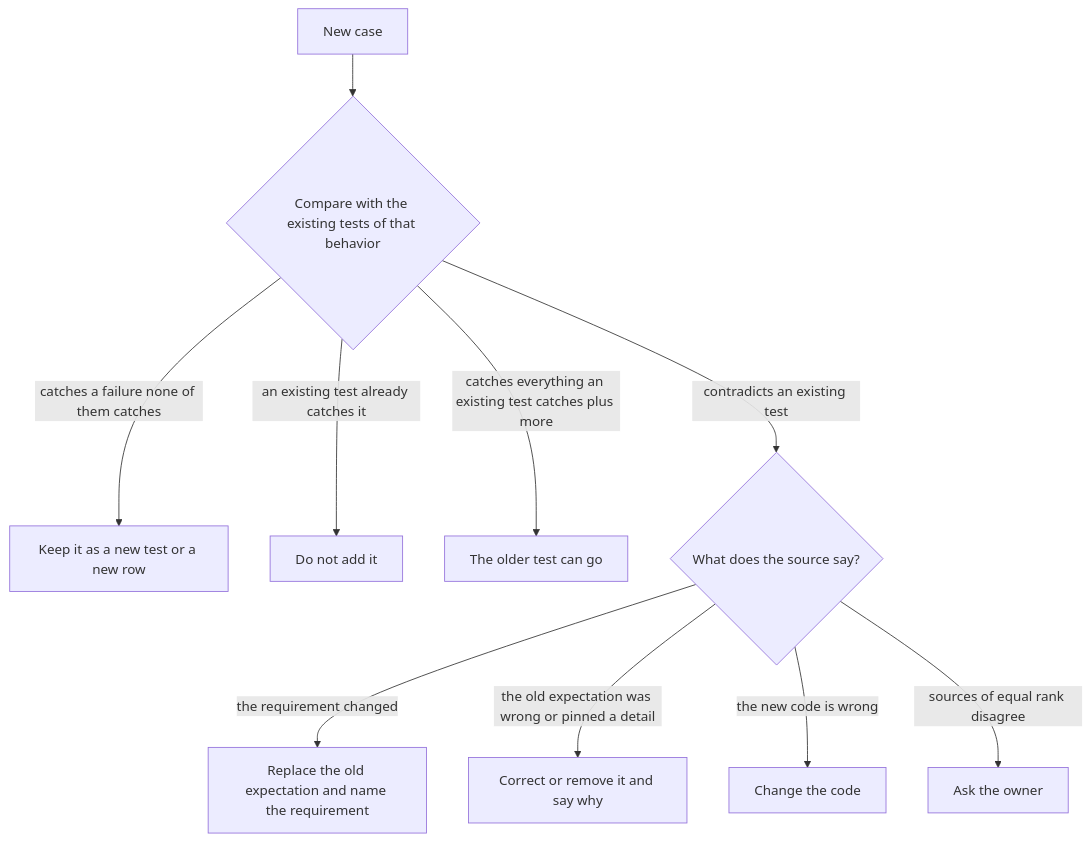
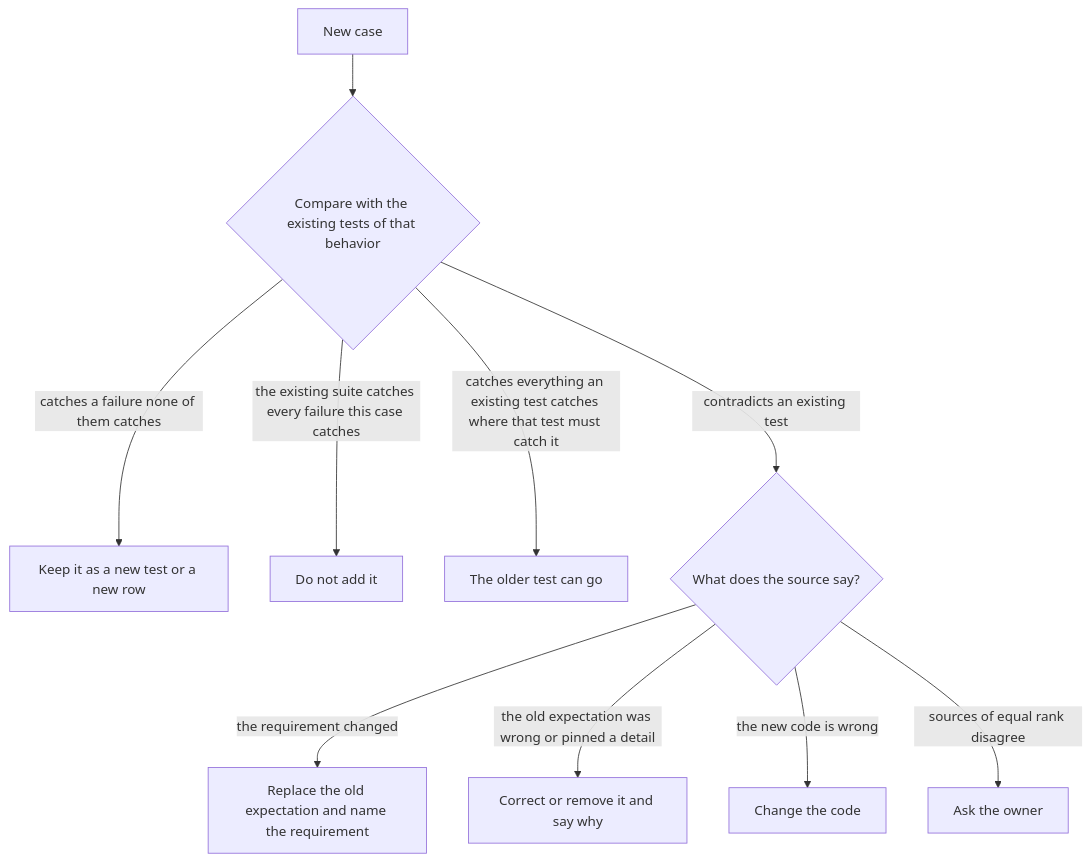
Before and after one commit to bqp007/concord-skill-lean-testing: the second of 2 diagrams in README.md, drawn with Mermaid. The commit also changed other lines of this file and 1 other file, not shown here.

Commit message:
Conflicts are between expectations; preserved coverage explains a removal; replacement must catch at the same point

````diff
--- a/README.md
+++ b/README.md
@@ -58,12 +58,12 @@
 ```mermaid
 flowchart TD
     N[New case] --> Q{Compare with the existing tests of that behavior}
     Q -- catches a failure none of them catches --> A[Keep it as a new test or a new row]
-    Q -- an existing test already catches it --> DN[Do not add it]
-    Q -- catches everything an existing test catches plus more --> RP[The older test can go]
+    Q -- the existing suite catches every failure this case catches --> DN[Do not add it]
+    Q -- catches everything an existing test catches where that test must catch it --> RP[The older test can go]
     Q -- contradicts an existing test --> CF{What does the source say?}
     CF -- the requirement changed --> RQ[Replace the old expectation and name the requirement]
     CF -- the old expectation was wrong or pinned a detail --> FX[Correct or remove it and say why]
     CF -- the new code is wrong --> CD[Change the code]
     CF -- sources of equal rank disagree --> OW[Ask the owner]
 ```
````
